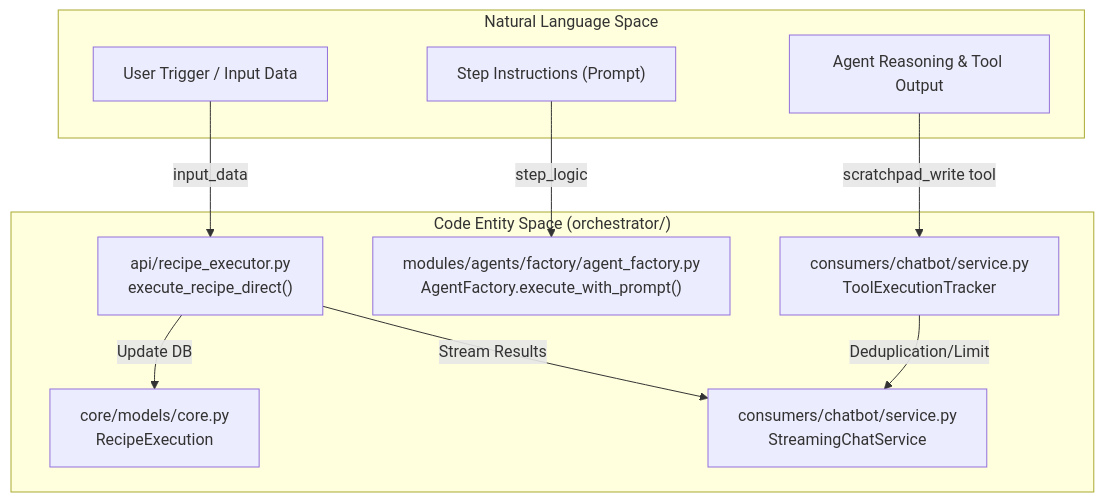
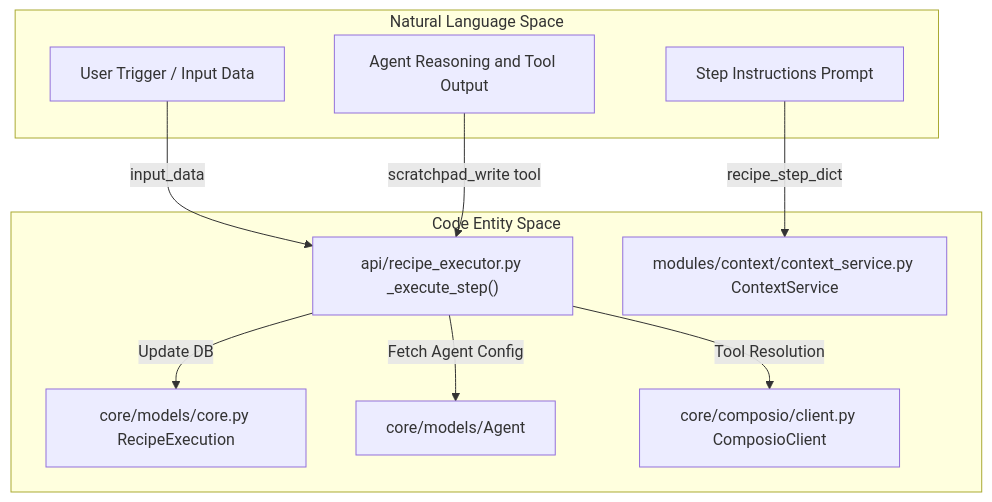
Before and after one commit to AutomatosAI/automatos-ai: the first of 2 diagrams in docs/workflows-recipes/recipe-scratchpad.md, drawn with Mermaid. The commit also changed other lines of this file and 191 other files, not shown here.

````diff
--- a/docs/workflows-recipes/recipe-scratchpad.md
+++ b/docs/workflows-recipes/recipe-scratchpad.md
@@ -39,23 +49,23 @@
 ```mermaid
 graph TD
     subgraph "Natural Language Space"
         UserTrigger["User Trigger / Input Data"]
-        StepInstruction["Step Instructions (Prompt)"]
-        AgentReasoning["Agent Reasoning & Tool Output"]
+        StepInstruction["Step Instructions Prompt"]
+        AgentReasoning["Agent Reasoning and Tool Output"]
     end
 
-    subgraph "Code Entity Space (orchestrator/)"
-        Executor["api/recipe_executor.py<br/>execute_recipe_direct()"]
-        RecipeModel["core/models/core.py<br/>RecipeExecution"]
-        AgentFactory["modules/agents/factory/agent_factory.py<br/>AgentFactory.execute_with_prompt()"]
-        StreamingSvc["consumers/chatbot/service.py<br/>StreamingChatService"]
-        ToolTracker["consumers/chatbot/service.py<br/>ToolExecutionTracker"]
+    subgraph "Code Entity Space"
+        Executor["api/recipe_executor.py _execute_step()"]
+        RecipeModel["core/models/core.py RecipeExecution"]
+        AgentModel["core/models/Agent"]
+        ContextSvc["modules/context/context_service.py ContextService"]
+        ComposioSvc["core/composio/client.py ComposioClient"]
     end
 
     UserTrigger -->|"input_data"| Executor
-    StepInstruction -->|"step_logic"| AgentFactory
-    AgentReasoning -->|"scratchpad_write tool"| ToolTracker
-    ToolTracker -->|"Deduplication/Limit"| StreamingSvc
+    StepInstruction -->|"recipe_step_dict"| ContextSvc
+    AgentReasoning -->|"scratchpad_write tool"| Executor
     Executor -->|"Update DB"| RecipeModel
-    Executor -->|"Stream Results"| StreamingSvc
+    Executor -->|"Fetch Agent Config"| AgentModel
+    Executor -->|"Tool Resolution"| ComposioSvc
 ```
````
